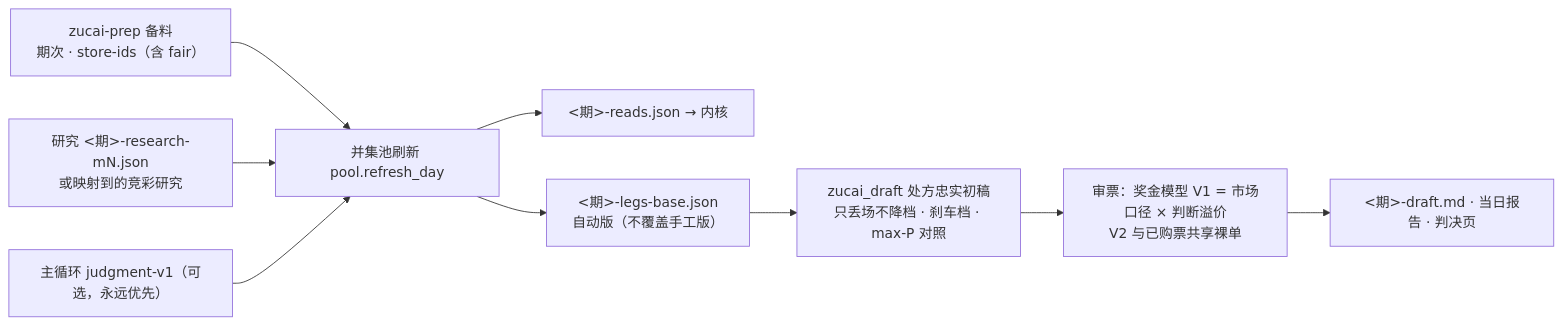
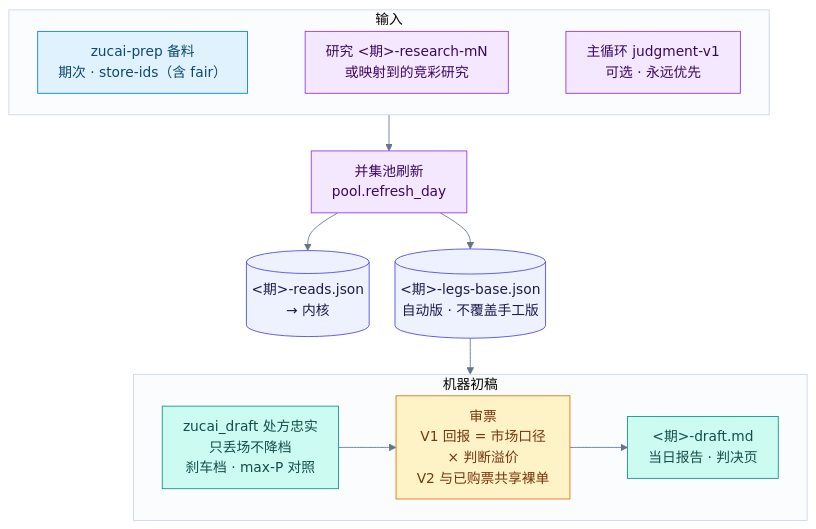
The fifth of 10 diagrams in docs/ARCHITECTURE.md (Jerenus/Nutmeg), drawn with Mermaid before and after one commit. The commit also changed other lines of this file and 3 other files, not shown here.

````diff
--- a/docs/ARCHITECTURE.md
+++ b/docs/ARCHITECTURE.md
@@ -207,11 +291,27 @@
 ```mermaid
-flowchart LR
-  P["zucai-prep 备料<br/>期次 · store-ids（含 fair）"] --> Q["并集池刷新 pool.refresh_day"]
-  R["研究 &lt;期&gt;-research-mN.json<br/>或映射到的竞彩研究"] --> Q
-  J1["主循环 judgment-v1（可选，永远优先）"] --> Q
-  Q --> S["&lt;期&gt;-reads.json → 内核"]
-  Q --> T["&lt;期&gt;-legs-base.json<br/>自动版（不覆盖手工版）"]
-  T --> U["zucai_draft 处方忠实初稿<br/>只丢场不降档 · 刹车档 · max-P 对照"]
-  U --> V["审票：奖金模型 V1 = 市场口径 × 判断溢价<br/>V2 与已购票共享裸单"]
-  V --> W["&lt;期&gt;-draft.md · 当日报告 · 判决页"]
+%%{init: {"theme": "base", "themeVariables": {"fontSize": "16px", "lineColor": "#64748B", "clusterBkg": "#FBFCFE", "clusterBorder": "#CBD5E1", "edgeLabelBackground": "#FFFFFF", "primaryTextColor": "#0F172A"}, "flowchart": {"curve": "basis", "padding": 12, "nodeSpacing": 30, "rankSpacing": 42}}}%%
+flowchart TB
+  subgraph IN["输入"]
+    direction LR
+    P["zucai-prep 备料<br/>期次 · store-ids（含 fair）"] ~~~ R["研究 &lt;期&gt;-research-mN<br/>或映射到的竞彩研究"] ~~~ J1["主循环 judgment-v1<br/>可选 · 永远优先"]
+  end
+  IN --> Q["并集池刷新<br/>pool.refresh_day"]
+  Q --> S[("&lt;期&gt;-reads.json<br/>→ 内核")]
+  Q --> T[("&lt;期&gt;-legs-base.json<br/>自动版 · 不覆盖手工版")]
+  subgraph DR["机器初稿"]
+    direction LR
+    U["zucai_draft 处方忠实<br/>只丢场不降档<br/>刹车档 · max-P 对照"] --> V["审票<br/>V1 回报 = 市场口径<br/>× 判断溢价<br/>V2 与已购票共享裸单"] --> W["&lt;期&gt;-draft.md<br/>当日报告 · 判决页"]
+  end
+  T --> DR
+
+  classDef ing fill:#E0F2FE,stroke:#0284C7,color:#0C4A6E
+  classDef jud fill:#F3E8FF,stroke:#9333EA,color:#3B0764
+  classDef store fill:#EEF2FF,stroke:#4F46E5,color:#1E1B4B
+  classDef out fill:#CCFBF1,stroke:#0D9488,color:#134E4A
+  classDef hum fill:#FEF3C7,stroke:#D97706,color:#78350F
+  class P ing
+  class R,J1,Q jud
+  class S,T store
+  class U,W out
+  class V hum
 ```
````
